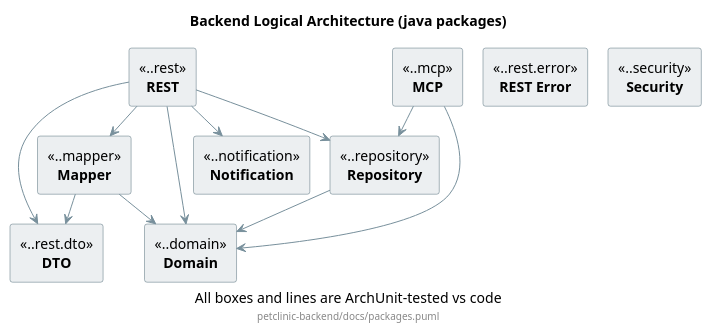
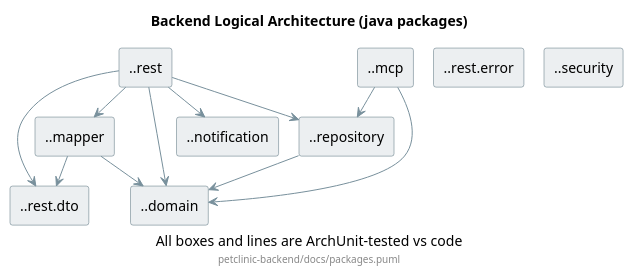
The diagram in petclinic-backend/docs/packages.puml (kashann/petclinic), drawn with PlantUML before and after one commit. The commit also changed 1 other file, not shown here.

Commit message:
docs(packages): label each box with its package pattern only
The boxes carried an invented name ("REST", "Mapper") above the package
pattern ArchUnit actually checks, so every box said the same thing twice
and half of it was not tested. Each box is now named by the pattern
itself and the stereotype is hidden, so the page shows just `..rest`,
without the « » marks.

```diff
--- a/petclinic-backend/docs/packages.puml
+++ b/petclinic-backend/docs/packages.puml
@@ -1,48 +1,45 @@
 @startuml
 
 title Backend Logical Architecture (java packages)
 caption All boxes and lines are ArchUnit-tested vs code
 footer petclinic-backend/docs/packages.puml
 
 skinparam shadowing false
 skinparam componentStyle rectangle
 skinparam nodesep 20
+' the box label is the package pattern itself, which ArchUnit reads from the stereotype;
+' the stereotype is hidden so the pattern is not printed twice
+hide stereotype
 skinparam ranksep 30
 <style>
 component {
   BackGroundColor #ECEFF1
   LineColor #546E7A
-  FontStyle bold
-  ' only the component name is bold; the package pattern above it stays plain
-  ' (never write a stereotype in a comment — PackagesArchTest greps the raw file)
-  stereotype {
-    FontStyle plain
-  }
 }
 arrow {
   LineColor #78909C
 }
 </style>
 
-[REST] <<..rest>>
-[MCP] <<..mcp>>
-[REST Error] <<..rest.error>>
-[Security] <<..security>>
-[Mapper] <<..mapper>>
-[Repository] <<..repository>>
-[Notification] <<..notification>>
-[DTO] <<..rest.dto>>
-[Domain] <<..domain>>
+[..rest] <<..rest>>
+[..mcp] <<..mcp>>
+[..rest.error] <<..rest.error>>
+[..security] <<..security>>
+[..mapper] <<..mapper>>
+[..repository] <<..repository>>
+[..notification] <<..notification>>
+[..rest.dto] <<..rest.dto>>
+[..domain] <<..domain>>
 
-[Repository] --> [Domain]
-[Mapper] --> [Domain]
-[Mapper] --> [DTO]
-[REST] --> [Domain]
-[REST] --> [Repository]
-[REST] --> [Mapper]
-[REST] --> [DTO]
-[REST] --> [Notification]
-[MCP] --> [Domain]
-[MCP] --> [Repository]
+[..repository] --> [..domain]
+[..mapper] --> [..domain]
+[..mapper] --> [..rest.dto]
+[..rest] --> [..domain]
+[..rest] --> [..repository]
+[..rest] --> [..mapper]
+[..rest] --> [..rest.dto]
+[..rest] --> [..notification]
+[..mcp] --> [..domain]
+[..mcp] --> [..repository]
 
 @enduml
```
